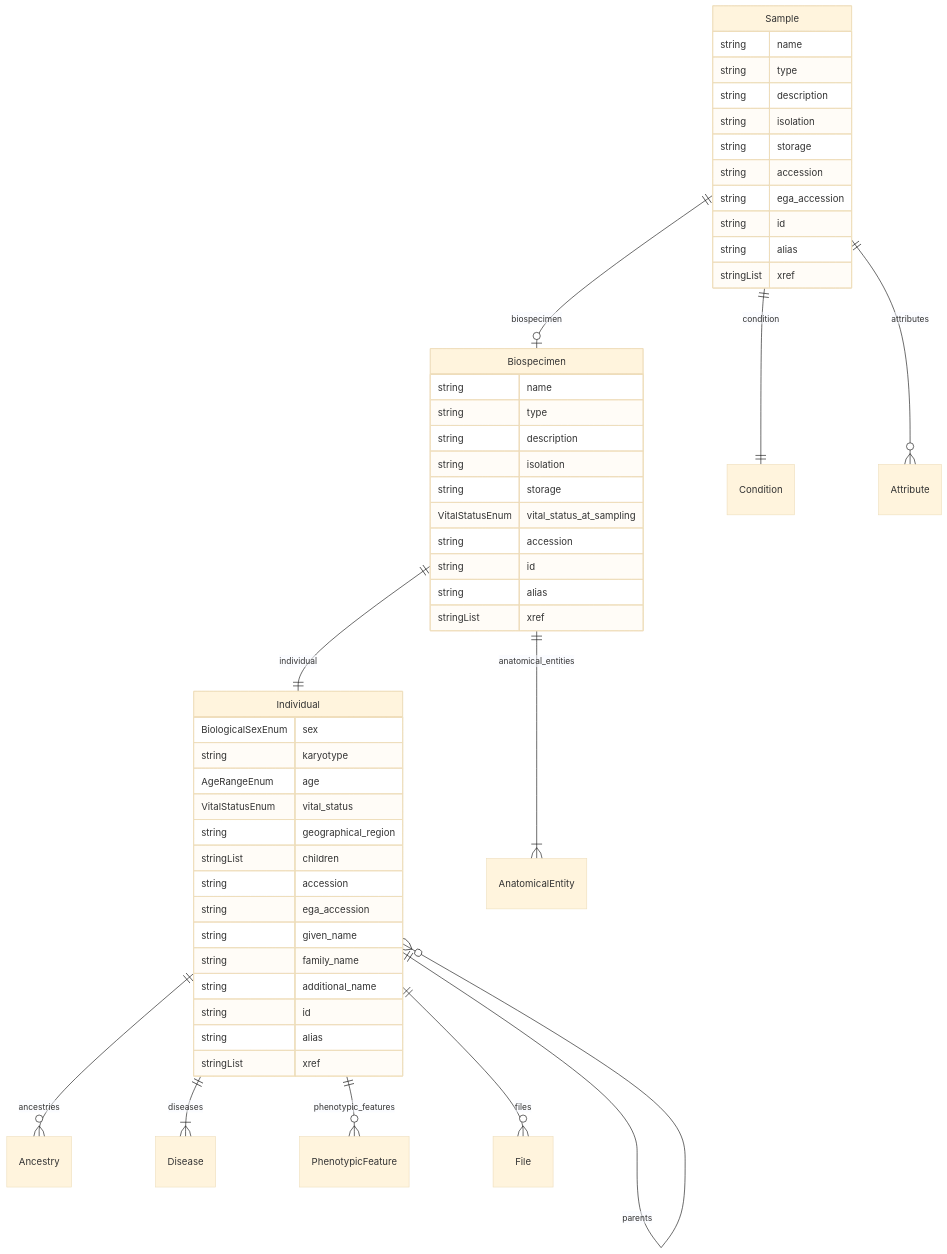
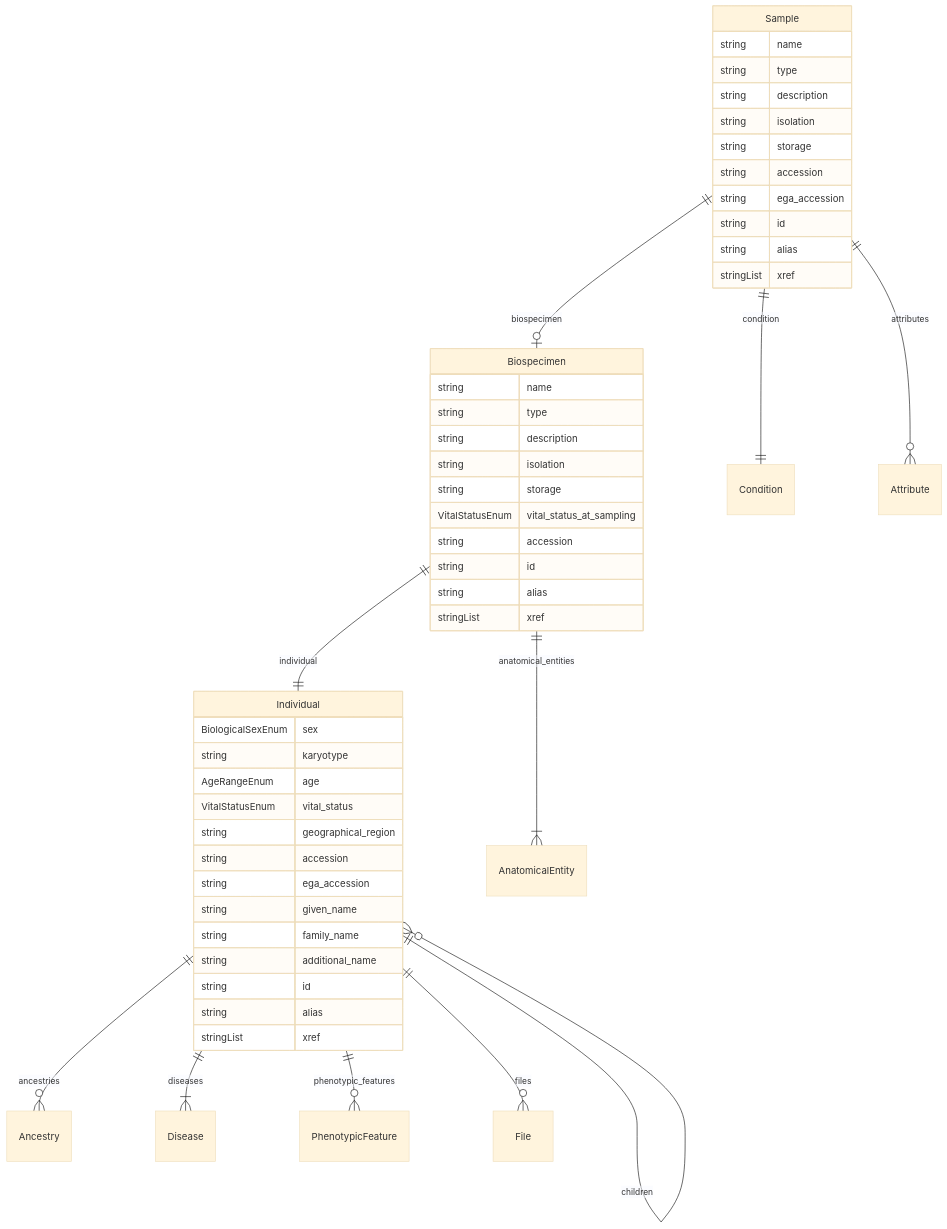
The fifth of 7 diagrams in docs/entity_relations.md (ghga-de/ghga-metadata-schema), drawn with Mermaid (base theme) before and after one commit. The commit also changed other lines of this file and 20 other files, not shown here.

````diff
--- a/docs/entity_relations.md
+++ b/docs/entity_relations.md
@@ -228,55 +230,55 @@
 ```mermaid
 erDiagram
 Individual {
     BiologicalSexEnum sex  
     string karyotype  
     AgeRangeEnum age  
     VitalStatusEnum vital_status  
     string geographical_region  
-    stringList children  
     string accession  
     string ega_accession  
     string given_name  
     string family_name  
     string additional_name  
     string id  
     string alias  
     stringList xref  
 }
 Biospecimen {
     string name  
     string type  
     string description  
     string isolation  
     string storage  
     VitalStatusEnum vital_status_at_sampling  
     string accession  
     string id  
     string alias  
     stringList xref  
 }
 Sample {
     string name  
     string type  
     string description  
     string isolation  
     string storage  
     string accession  
     string ega_accession  
     string id  
     string alias  
     stringList xref  
 }
 
 Individual ||--}o Ancestry : "ancestries"
 Individual ||--}o Individual : "parents"
+Individual ||--}o Individual : "children"
 Individual ||--}| Disease : "diseases"
 Individual ||--}o PhenotypicFeature : "phenotypic_features"
 Individual ||--}o File : "files"
 Biospecimen ||--|| Individual : "individual"
 Biospecimen ||--}| AnatomicalEntity : "anatomical_entities"
 Sample ||--|o Biospecimen : "biospecimen"
 Sample ||--|| Condition : "condition"
 Sample ||--}o Attribute : "attributes"
 
 ```
````
